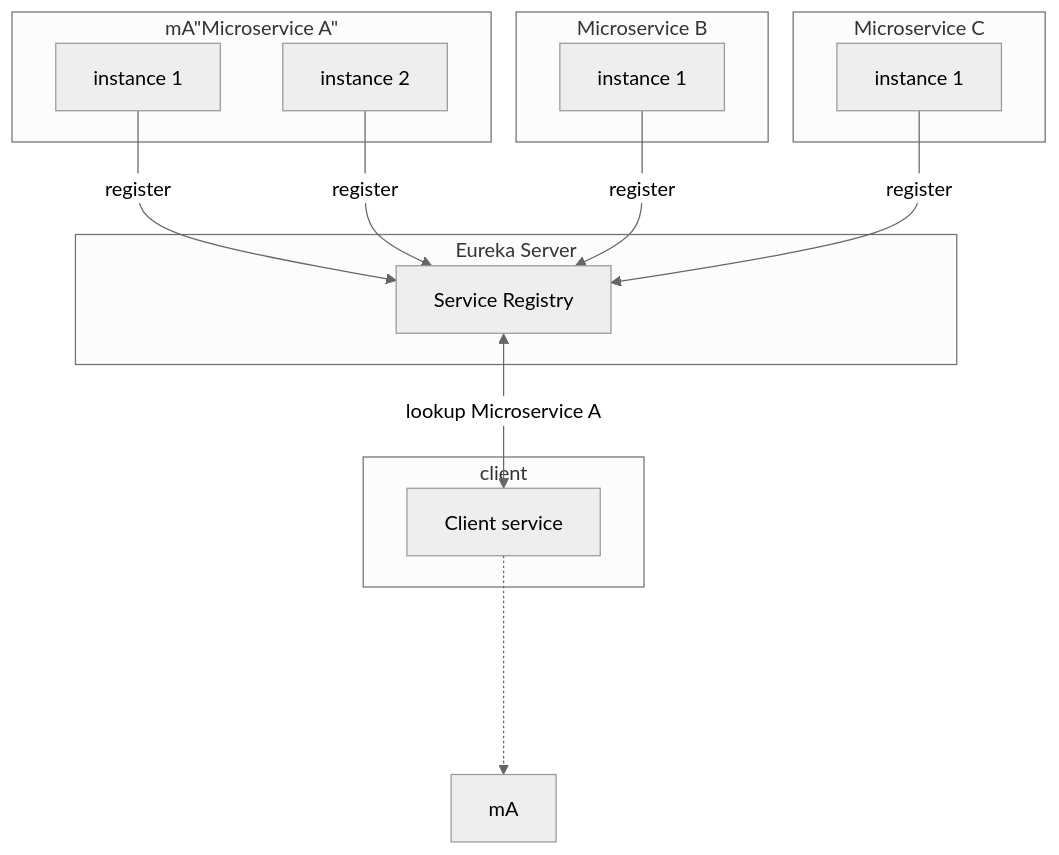
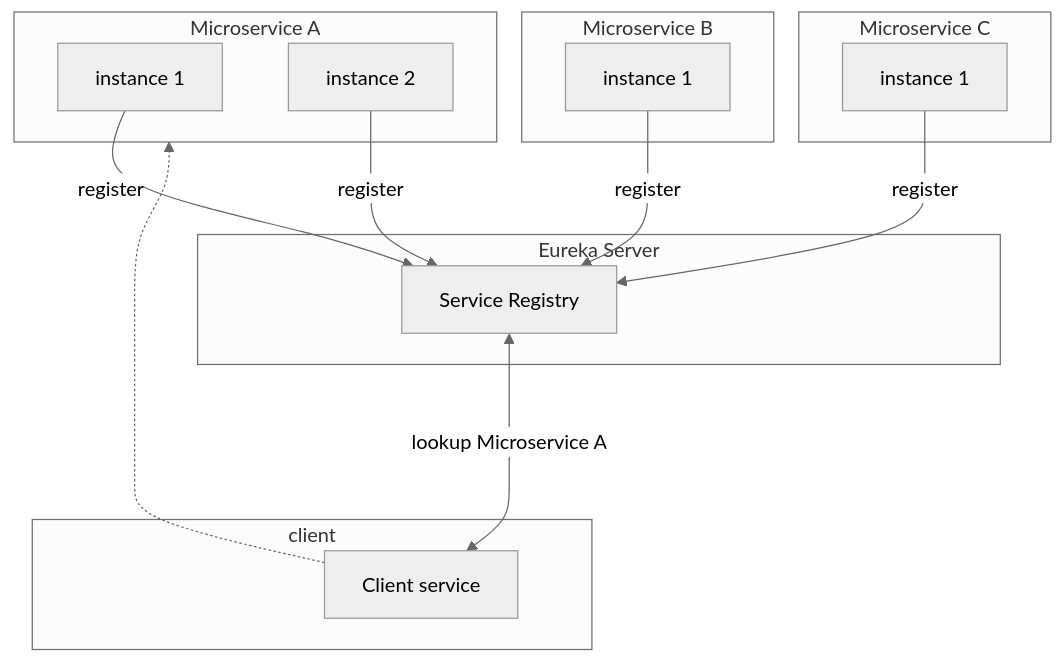
One commit to sonamsamdupkhangsar/sonamsamdupkhangsar.github.io changed the diagram in service-discovery/README.md. Above: the diagram before and after it, drawn with Mermaid (neutral theme).

Commit message:
add service discovery

````diff
--- a/service-discovery/README.md
+++ b/service-discovery/README.md
@@ -7,26 +7,26 @@
 ```mermaid
 flowchart TD   
-    subgraph mA"Microservice A"
+    subgraph mA["Microservice A"]
     A1[instance 1]
     A2[instance 2]
     end
     subgraph "Microservice B"
     B[instance 1]
     end
     subgraph "Microservice C"
     C[instance 1]
     end
     subgraph "Eureka Server"
     Eureka[Service Registry]
     end
     subgraph client
     D[Client service] 
     end
 
     A1 --> |register| Eureka
     A2 --> |register| Eureka
     B --> |register| Eureka
     C --> |register| Eureka
     Eureka <-->|lookup Microservice A| D
     D -...->mA
 ``` 
````
